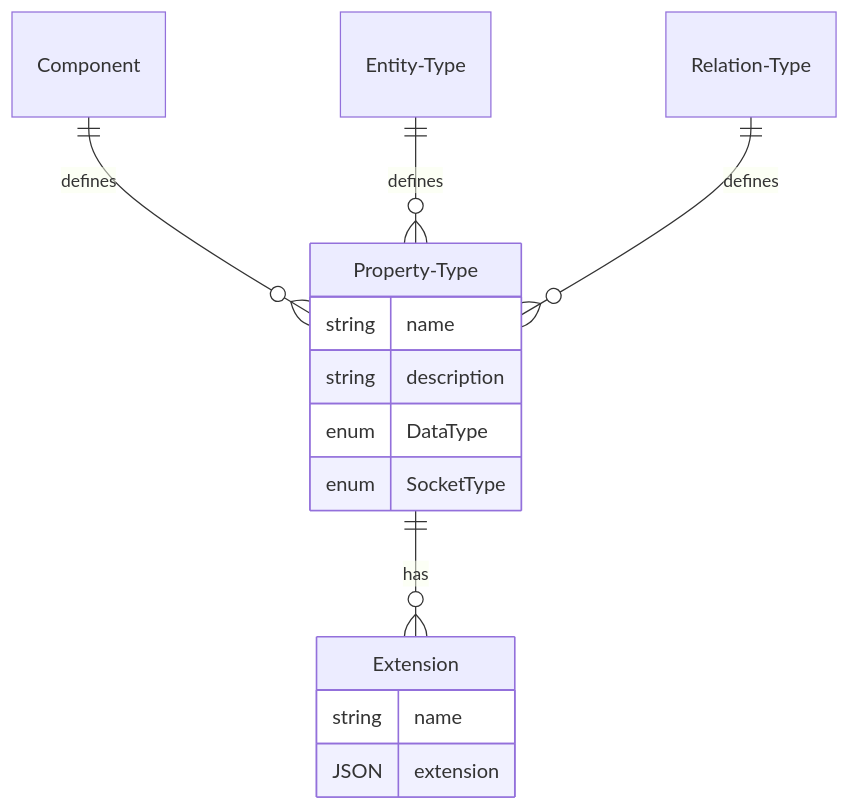
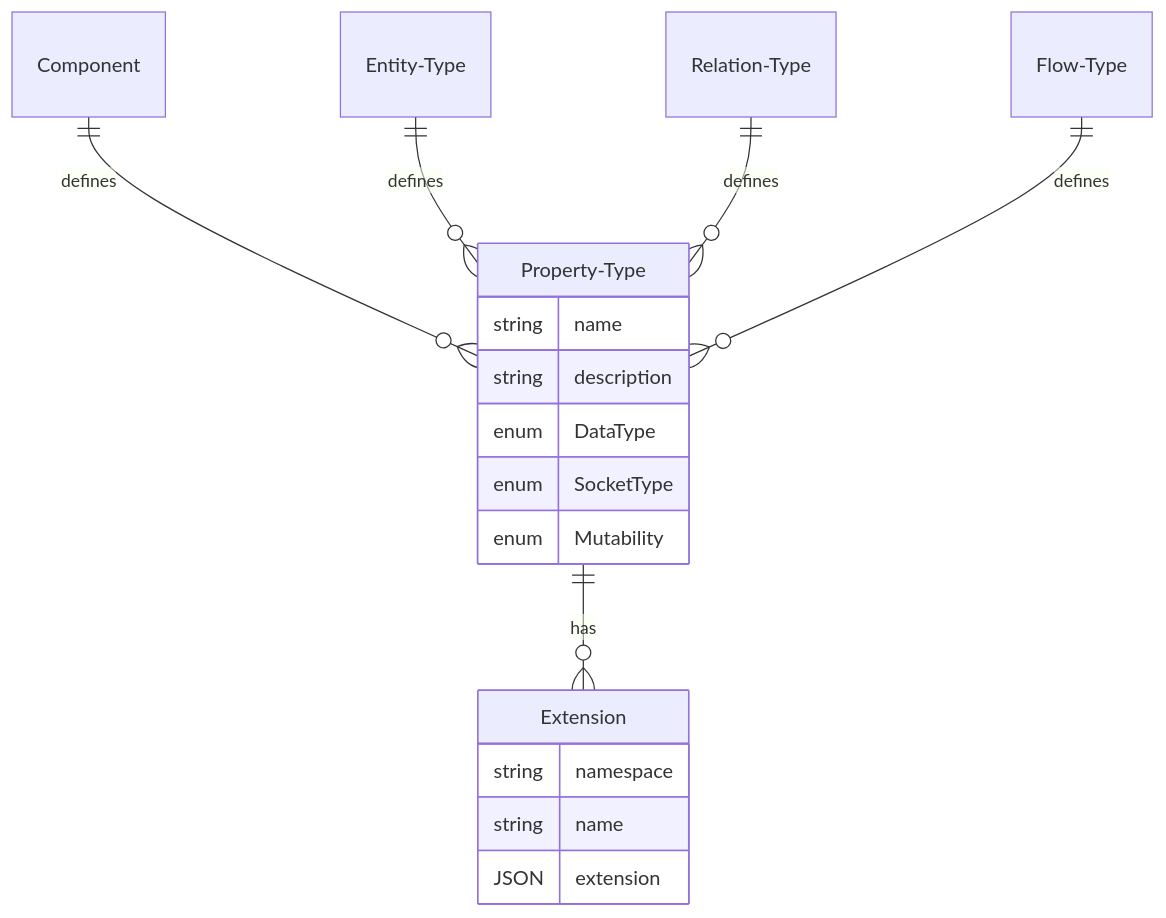
Before and after one commit to reactive-graph/reactive-graph: the diagram in docs/inexor-rgf/src/Model_Property_Type.md, drawn with Mermaid. The commit also changed other lines of this file and 8 other files, not shown here.

````diff
--- a/docs/inexor-rgf/src/Model_Property_Type.md
+++ b/docs/inexor-rgf/src/Model_Property_Type.md
@@ -18,17 +19,20 @@
 ```mermaid
 erDiagram
     Property-Type {
         string name
         string description
         enum DataType
         enum SocketType
+        enum Mutability
     }
     Extension {
+        string namespace
         string name
         JSON extension
     }
     Property-Type ||--}o Extension : has
     Component ||--}o Property-Type : defines
     Entity-Type ||--}o Property-Type : defines
     Relation-Type ||--}o Property-Type : defines
+    Flow-Type ||--}o Property-Type : defines
 ```
````
